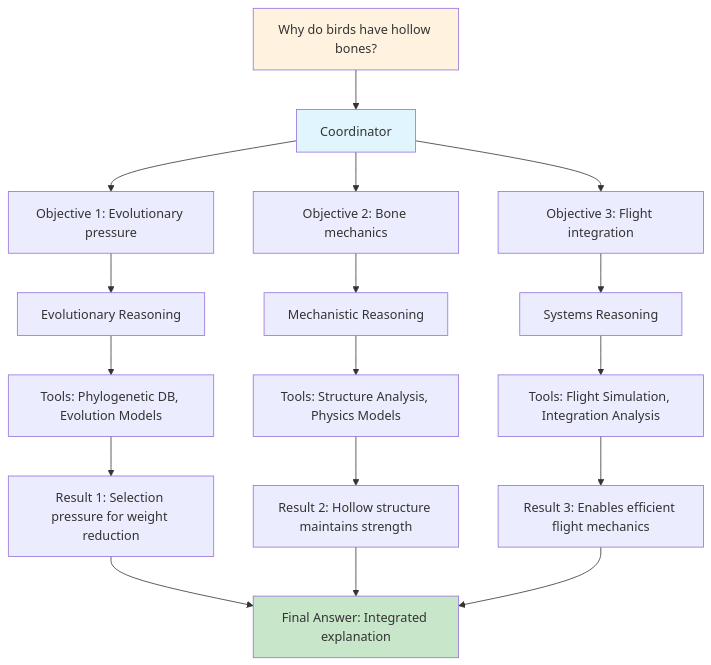
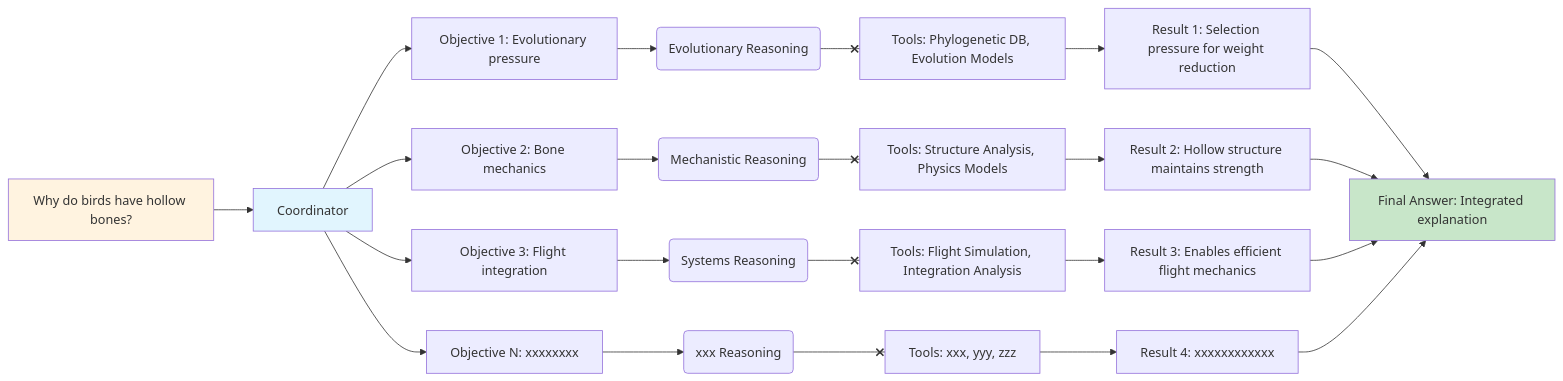
One commit to brettin/Biological-Reasoning changed the fifth of 6 diagrams in docs/source/slides/tpc25/diagrams.md. Above: the diagram before and after it, drawn with Mermaid. The commit also changed other lines of this file, not shown here.

First line of the commit message:
📝 docs(slides): update diagrams for slide 2 and reasoning trace

````diff
--- a/docs/source/slides/tpc25/diagrams.md
+++ b/docs/source/slides/tpc25/diagrams.md
@@ -97,28 +99,33 @@
 ```mermaid
-graph TD
+graph LR
     Q[Why do birds have hollow bones?] --> C[Coordinator]
 
     C --> O1[Objective 1: Evolutionary pressure]
     C --> O2[Objective 2: Bone mechanics]
     C --> O3[Objective 3: Flight integration]
+    C --> O4[Objective N: xxxxxxxx]
 
-    O1 --> R1[Evolutionary Reasoning]
-    O2 --> R2[Mechanistic Reasoning]
-    O3 --> R3[Systems Reasoning]
+    O1 --> R1(Evolutionary Reasoning)
+    O2 --> R2(Mechanistic Reasoning)
+    O3 --> R3(Systems Reasoning)
+    O4 --> R4(xxx Reasoning)
 
-    R1 --> T1[Tools: Phylogenetic DB, Evolution Models]
-    R2 --> T2[Tools: Structure Analysis, Physics Models]
-    R3 --> T3[Tools: Flight Simulation, Integration Analysis]
+    R1 --x T1[Tools: Phylogenetic DB, Evolution Models]
+    R2 --x T2[Tools: Structure Analysis, Physics Models]
+    R3 --x T3[Tools: Flight Simulation, Integration Analysis]
+    R4 --x T4[Tools: xxx, yyy, zzz]
 
     T1 --> A1[Result 1: Selection pressure for weight reduction]
     T2 --> A2[Result 2: Hollow structure maintains strength]
     T3 --> A3[Result 3: Enables efficient flight mechanics]
+    T4 --> A4[Result 4: xxxxxxxxxxxx]
 
     A1 --> F[Final Answer: Integrated explanation]
     A2 --> F
     A3 --> F
+    A4 --> F
 
     style Q fill:#fff3e0
     style C fill:#e1f5fe
     style F fill:#c8e6c9
 ```
````
